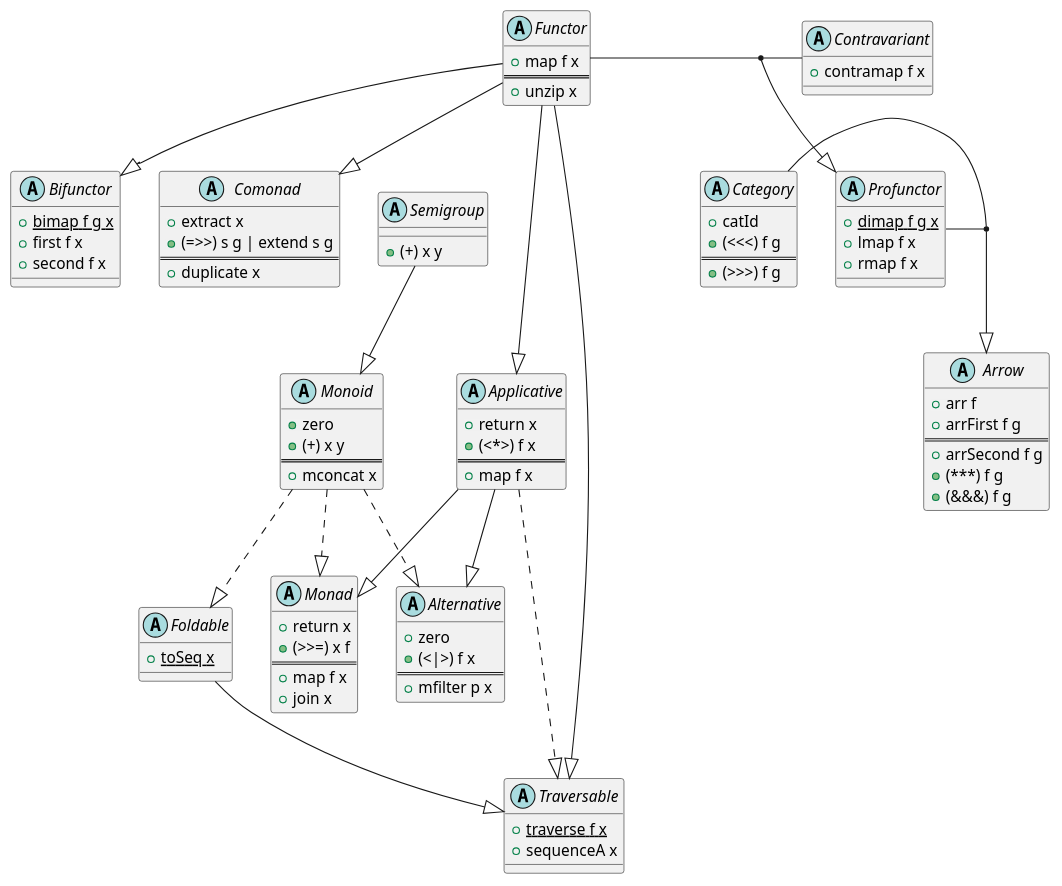
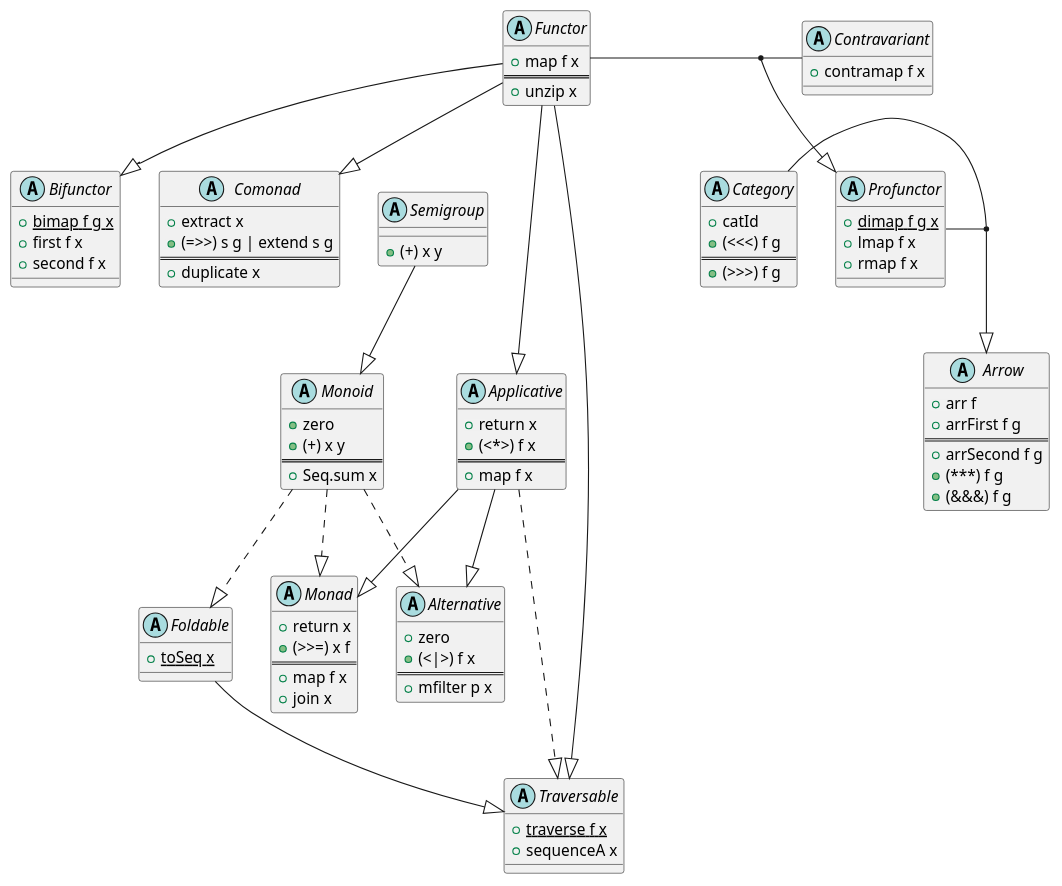
Before and after one commit to fsprojects/FSharpPlus: the diagram in docs/content/abstractions.plantuml, drawn with PlantUML. The commit also changed 11 other files, not shown here.

Commit message:
Rename (and unify) mconcat, mfold to Seq.sum and sum.

```diff
--- a/docs/content/abstractions.plantuml
+++ b/docs/content/abstractions.plantuml
@@ -1,117 +1,117 @@
 @startuml
 together {
 	abstract class Semigroup [[http://gusty.github.io/FSharpPlus/abstraction-semigroup.html]] {
 	  + (+) x y [[[http://gusty.github.io/FSharpPlus/abstraction-semigroup.html#plus {Appends two semigroups} ]]]
 	}
 
 	abstract class Comonad [[http://gusty.github.io/FSharpPlus/abstraction-comonad.html]] {
 	  + extract x [[[http://gusty.github.io/FSharpPlus/abstraction-comonad.html#extract]]]
 	  + (=>>) s g | extend s g [[[http://gusty.github.io/FSharpPlus/abstraction-comonad.html#extend]]]
 	  ==
 	  + duplicate x
 	}
 }
 
 abstract class Monoid [[http://gusty.github.io/FSharpPlus/abstraction-monoid.html]] {
   + zero [[[http://gusty.github.io/FSharpPlus/abstraction-monoid.html#zero {Identity for (+)} ]]]
   + (+) x y [[[http://gusty.github.io/FSharpPlus/abstraction-monoid.html#plus {Appends both monoids} ]]]
   ==
-  + mconcat x [[[http://gusty.github.io/FSharpPlus/abstraction-monoid.html#mconcat {Flatten a sequence of monoids} ]]]
+  + Seq.sum x [[[http://gusty.github.io/FSharpPlus/abstraction-monoid.html#sum {Flatten a sequence of monoids} ]]]
 }
 
 
 abstract class Functor [[http://gusty.github.io/FSharpPlus/abstraction-functor.html]] {
   + map f x [[[http://gusty.github.io/FSharpPlus/abstraction-functor.html#map {Lift a function into a Functor} ]]]
   ==
   + unzip x
 }
 
 abstract class Contravariant [[http://gusty.github.io/FSharpPlus/abstraction-contravariant.html]] {
   + contramap f x [[[http://gusty.github.io/FSharpPlus/abstraction-contravariant.html#contramap]]]
 }
 
 
 abstract class Applicative [[http://gusty.github.io/FSharpPlus/abstraction-applicative.html]] {
   + return x [[[http://gusty.github.io/FSharpPlus/abstraction-monad.html#return {Lift a value into a Functor} ]]]
   + (<*>) f x [[[http://gusty.github.io/FSharpPlus/abstraction-applicative.html {Apply a lifted argument to a lifted function} ]]]
   ==
   + map f x [[[http://gusty.github.io/FSharpPlus/abstraction-functor.html#map {Lift a function into a Functor} ]]]
 }
 
 abstract class Alternative [[http://gusty.github.io/FSharpPlus/abstraction-alternative.html]] {
   + zero [[[http://gusty.github.io/FSharpPlus/abstraction-alternative.html]]]
   + (<|>) f x [[[http://gusty.github.io/FSharpPlus/abstraction-alternative.html]]]
   ==
   + mfilter p x [[[http://gusty.github.io/FSharpPlus/abstraction-alternative.html#mfilter {Returns all values satisfying the predicate, if the predicate returns false will use the empty value} ]]]
 }
 
 abstract class Monad [[http://gusty.github.io/FSharpPlus/abstraction-monad.html]] {
   + return x [[[http://gusty.github.io/FSharpPlus/abstraction-monad.html#return {Lift a value into a Functor} ]]]
   + (>>=) x f [[[http://gusty.github.io/FSharpPlus/abstraction-monad.html#bind {Takes a monadic value and a function from a plain type to a monadic value, and returns a new monadic value} ]]]
   ==
   + map f x [[[http://gusty.github.io/FSharpPlus/abstraction-functor.html#map {Lift a function into a Functor} ]]]
   + join x [[[http://gusty.github.io/FSharpPlus/abstraction-functor.html#join {Flattens two layers of monadic information into one} ]]]
 }
 
 
 abstract class Bifunctor [[http://gusty.github.io/FSharpPlus/abstraction-bifunctor.html]] {
   + {static} bimap f g x [[[http://gusty.github.io/FSharpPlus/abstraction-bifunctor.html#bimap]]]
   + first f x [[[http://gusty.github.io/FSharpPlus/abstraction-bifunctor.html#first]]]
   + second f x [[[http://gusty.github.io/FSharpPlus/abstraction-bifunctor.html#second]]]
 }
 
 
 
 abstract class Foldable [[http://gusty.github.io/FSharpPlus/abstraction-foldable.html]] {
   {static} + toSeq x [[[http://gusty.github.io/FSharpPlus/abstraction-foldable.html#toSeq {Converts to a seq} ]]]
 }
 
 
 abstract class Traversable [[http://gusty.github.io/FSharpPlus/abstraction-traversable.html]] {
   {static} + traverse f x [[[http://gusty.github.io/FSharpPlus/abstraction-traversable.html#traverse {Map each element of a structure to an action, evaluate them left to right and collect result }]]]
   + sequenceA x [[[http://gusty.github.io/FSharpPlus/abstraction-traversable.html#sequenceA {Evaluate each action in the structure left to right and collect the result } ]]]
 }
 
 together {
 	abstract class Profunctor [[http://gusty.github.io/FSharpPlus/abstraction-profunctor.html]] {
 	  + {static} dimap f g x [[[http://gusty.github.io/FSharpPlus/abstraction-profunctor.html#dimap]]]
 	  + lmap f x [[[http://gusty.github.io/FSharpPlus/abstraction-profunctor.html#lmap]]]
 	  + rmap f x [[[http://gusty.github.io/FSharpPlus/abstraction-profunctor.html#rmap]]]
 	}
 
 	abstract class Category [[http://gusty.github.io/FSharpPlus/abstraction-category.html]] {
 	  + catId [[[http://gusty.github.io/FSharpPlus/abstraction-category.html#catId {The identity morphism. }]]]
 	  + (<<<) f g [[[http://gusty.github.io/FSharpPlus/abstraction-category.html#catComp {Right-to-left morphism composition. } ]]]
 	  ==
 	  + (>>>) f g [[[http://gusty.github.io/FSharpPlus/abstraction-category.html#catComp {Left-to-right morphism composition. } ]]]
 	}
 }
 
 abstract class Arrow [[http://gusty.github.io/FSharpPlus/abstraction-arrow.html]] {
   + arr f [[[http://gusty.github.io/FSharpPlus/abstraction-arrow.html#arr {Lift a function to an arrow. }]]]
   + arrFirst f g [[[http://gusty.github.io/FSharpPlus/abstraction-arrow.html#arrFirst {Send the 1st component of the input through the argument arrow and copy the rest unchanged to the output. } ]]]
   ==
   + arrSecond f g [[[http://gusty.github.io/FSharpPlus/abstraction-arrow.html#arrSecond {Send the 2nd component of the input through the argument arrow and copy the rest unchanged to the output. } ]]]
   + (***) f g [[[http://gusty.github.io/FSharpPlus/abstraction-arrow.html#arrCombine {Split the input between the two argument arrows and combine their output. } ]]]
   + (&&&) f g [[[http://gusty.github.io/FSharpPlus/abstraction-arrow.html#fanout {Send the input to both argument arrows and combine their output. } ]]]
 }
 
 
 
 Semigroup  --|> Monoid 
 Functor  --|> Bifunctor
 Functor  --|> Applicative
 Applicative  --|> Monad
 Applicative  --|> Alternative
 Monoid ..|> Monad
 Monoid ..|> Foldable
 Functor --|> Comonad
 Functor --|> Traversable
 Foldable --|> Traversable
 Applicative ..|> Traversable
 Monoid ..|> Alternative
 Functor - Contravariant
 (Functor, Contravariant) --|> Profunctor
 Profunctor - Category
 (Profunctor, Category) --|>  Arrow
 @enduml
```
